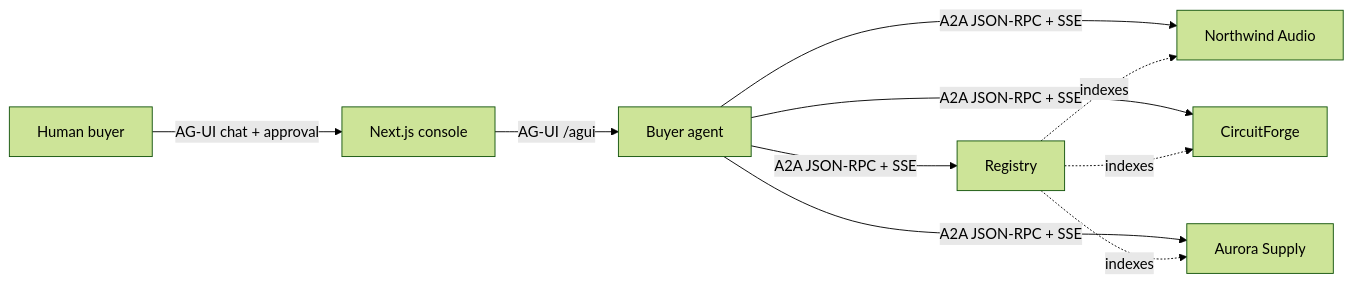
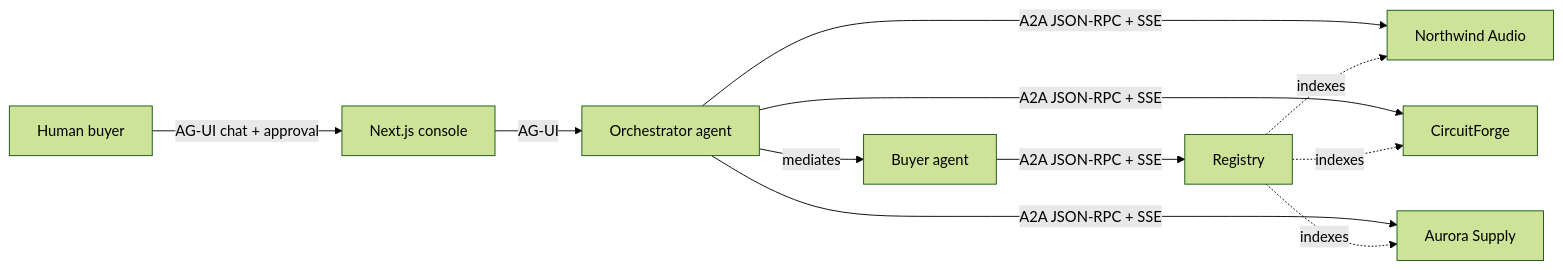
One commit to TheGreatBonnie/verifund-commerce-platform changed the diagram in README.md. Above: the diagram before and after it, drawn with Mermaid (forest theme). The commit also changed other lines of this file and 4 other files, not shown here.

Commit message:
feat: update documentation and sample frames for orchestrator agent integration and order status changes

````diff
--- a/README.md
+++ b/README.md
@@ -24,12 +25,13 @@
 ```mermaid
 flowchart LR
   Human[Human buyer] -->|AG-UI chat + approval| Console[Next.js console]
-  Console -->|AG-UI /agui| Buyer[Buyer agent]
+  Console -->|AG-UI| Orchestrator[Orchestrator agent]
+  Orchestrator -->|mediates| Buyer[Buyer agent]
   Buyer -->|A2A JSON-RPC + SSE| Registry[Registry]
-  Buyer -->|A2A JSON-RPC + SSE| Northwind[Northwind Audio]
-  Buyer -->|A2A JSON-RPC + SSE| CircuitForge[CircuitForge]
-  Buyer -->|A2A JSON-RPC + SSE| Aurora[Aurora Supply]
+  Orchestrator -->|A2A JSON-RPC + SSE| Northwind[Northwind Audio]
+  Orchestrator -->|A2A JSON-RPC + SSE| CircuitForge[CircuitForge]
+  Orchestrator -->|A2A JSON-RPC + SSE| Aurora[Aurora Supply]
   Registry -. indexes .-> Northwind
   Registry -. indexes .-> CircuitForge
   Registry -. indexes .-> Aurora
 ```
````
